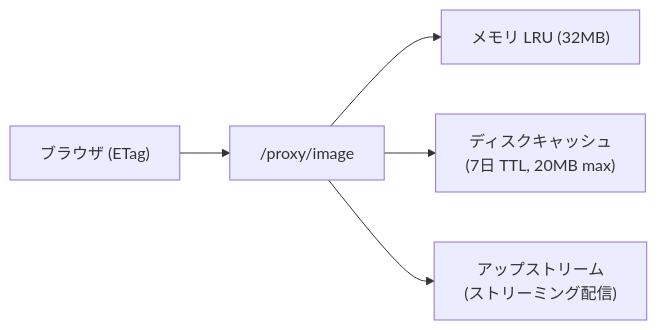
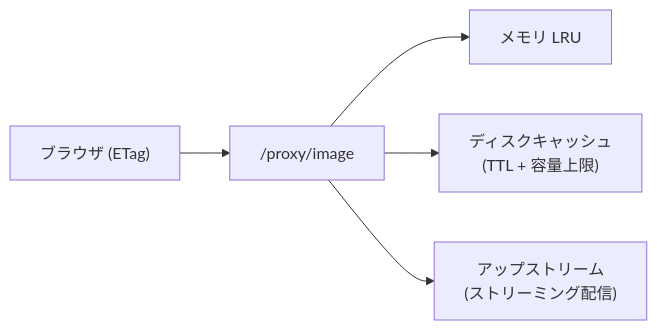
One commit to notedeck-dev/notedeck changed the third of 8 diagrams in ARCHITECTURE.md. Above: the diagram before and after it, drawn with Mermaid. The commit also changed other lines of this file and 15 other files, not shown here.

````diff
--- a/ARCHITECTURE.md
+++ b/ARCHITECTURE.md
@@ -262,7 +262,7 @@
 ```mermaid
 graph LR
     Browser["ブラウザ (ETag)"] --> Axum["/proxy/image"]
-    Axum --> Mem["メモリ LRU (32MB)"]
-    Axum --> Disk["ディスクキャッシュ<br/>(7日 TTL, 20MB max)"]
+    Axum --> Mem["メモリ LRU"]
+    Axum --> Disk["ディスクキャッシュ<br/>(TTL + 容量上限)"]
     Axum --> Upstream["アップストリーム<br/>(ストリーミング配信)"]
 ```
````
